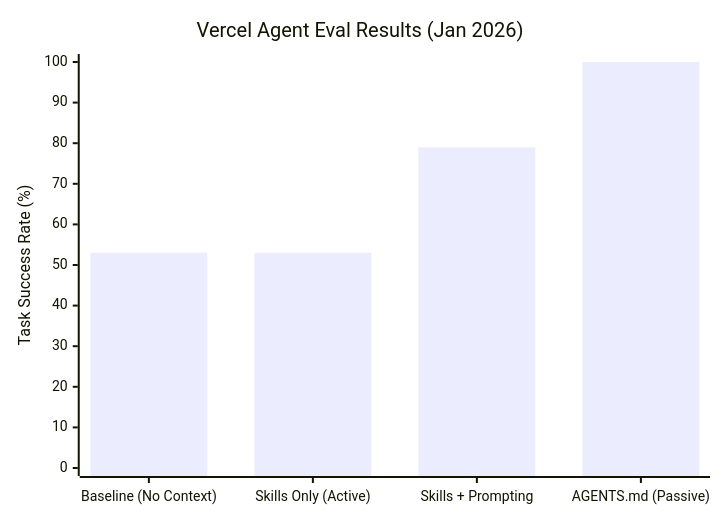
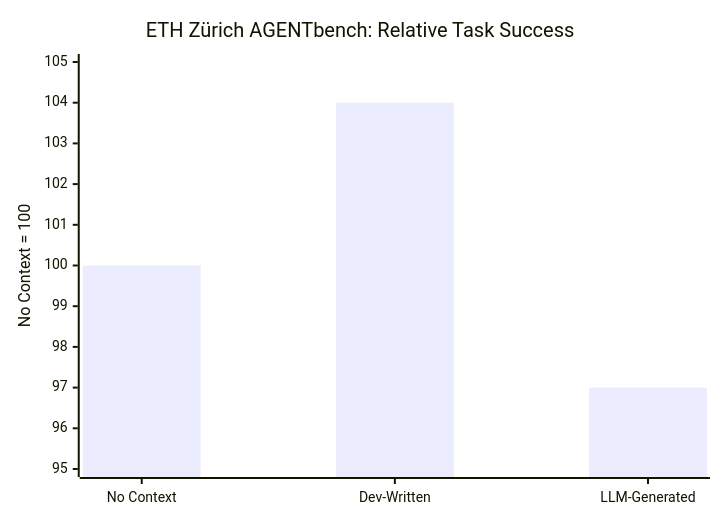
The seventh of 23 diagrams in context-engineering-tech-talk.md (HipsterZipster/context-management-presentation), drawn with Mermaid before and after one commit. The commit also changed other lines of this file and 20 other files, not shown here.

First line of the commit message:
refactor: restructure slides 6-8 to clarify passive context mechanism and consolidate research findings

````diff
--- a/context-engineering-tech-talk.md
+++ b/context-engineering-tech-talk.md
@@ -251,7 +209,7 @@
 ```mermaid
 xychart-beta
-    title "Vercel Agent Eval Results (Jan 2026)"
-    x-axis ["Baseline (No Context)", "Skills Only (Active)", "Skills + Prompting", "AGENTS.md (Passive)"]
-    y-axis "Task Success Rate (%)" 0 --> 100
-    bar [53, 53, 79, 100]
+    title "ETH Zürich AGENTbench: Relative Task Success"
+    x-axis ["No Context", "Dev-Written", "LLM-Generated"]
+    y-axis "No Context = 100" 95 --> 105
+    bar [100, 104, 97]
 ```
````
